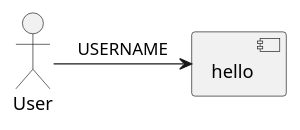
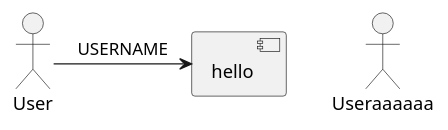
The diagram in src/test/index.md (tubone24/markdown-memo), drawn with PlantUML before and after one commit.

```diff
--- a/src/test/index.md
+++ b/src/test/index.md
@@ -86,5 +86,5 @@
 @startuml
-actor User
+actor Useraaaaaa
 component hello
 User -> hello: USERNAME
 @enduml
```
